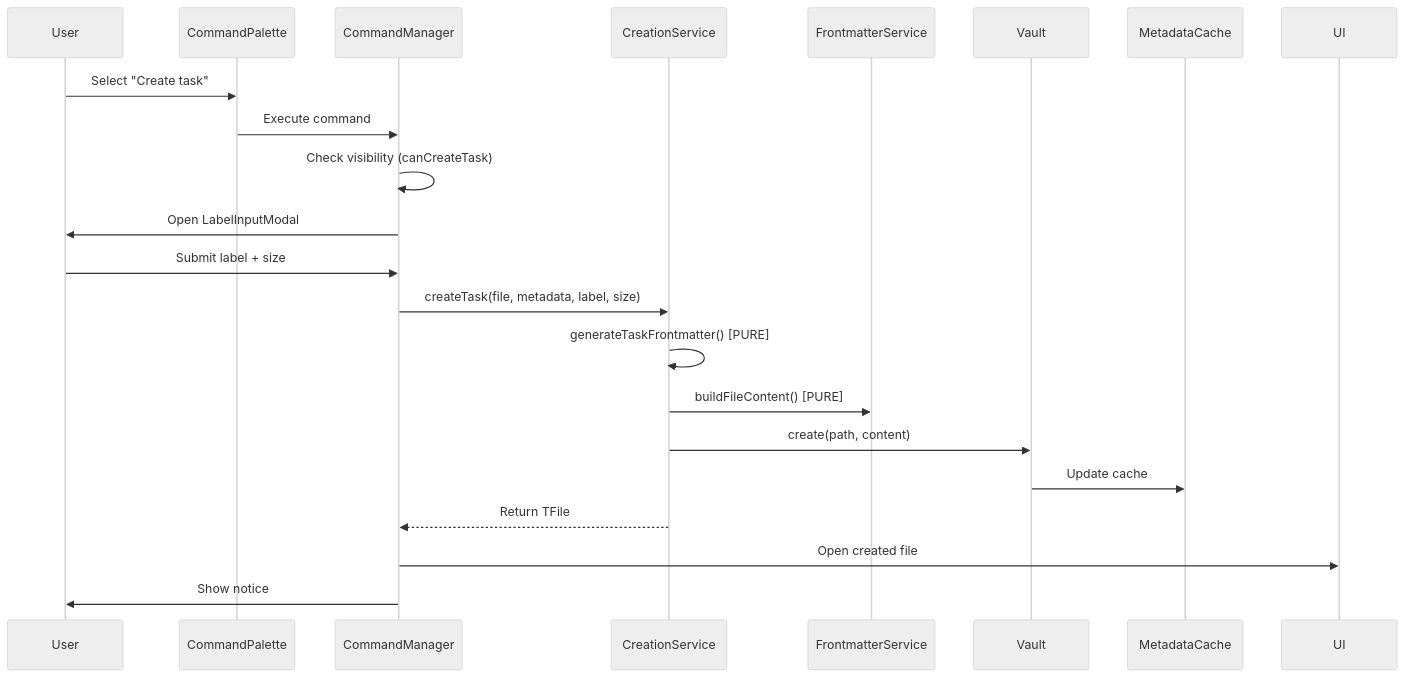
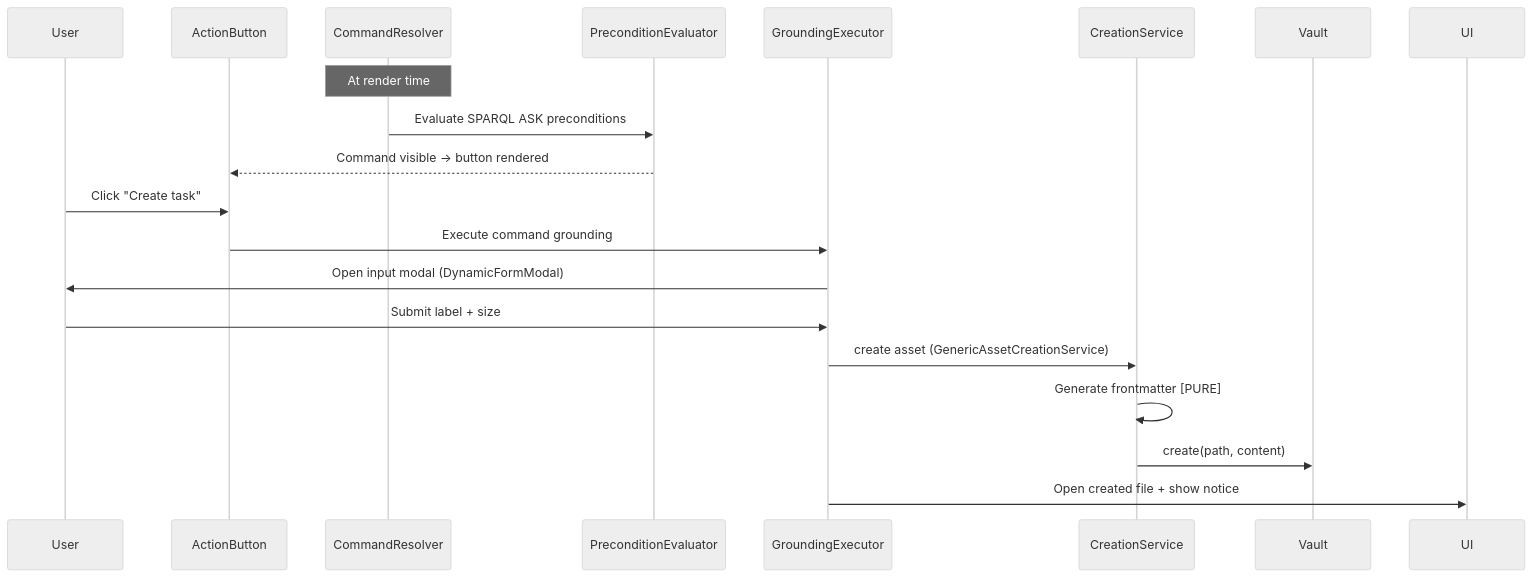
The first of 4 diagrams in ARCHITECTURE.md (kitelev/exocortex), drawn with Mermaid (neutral theme) before and after one commit. The commit also changed other lines of this file, not shown here.

First line of the commit message:
docs(architecture): align ARCHITECTURE.md with post-#3384 codebase

````diff
--- a/ARCHITECTURE.md
+++ b/ARCHITECTURE.md
@@ -728,25 +679,23 @@
 ```mermaid
 sequenceDiagram
     participant User
-    participant CommandPalette
-    participant CommandManager
+    participant ActionButton
+    participant CommandResolver
+    participant PreconditionEvaluator
+    participant GroundingExecutor
     participant CreationService
-    participant FrontmatterService
     participant Vault
-    participant MetadataCache
     participant UI
 
-    User->>CommandPalette: Select "Create task"
-    CommandPalette->>CommandManager: Execute command
-    CommandManager->>CommandManager: Check visibility (canCreateTask)
-    CommandManager->>User: Open LabelInputModal
-    User->>CommandManager: Submit label + size
-    CommandManager->>CreationService: createTask(file, metadata, label, size)
-    CreationService->>CreationService: generateTaskFrontmatter() [PURE]
-    CreationService->>FrontmatterService: buildFileContent() [PURE]
+    Note over CommandResolver: At render time
+    CommandResolver->>PreconditionEvaluator: Evaluate SPARQL ASK preconditions
+    PreconditionEvaluator-->>ActionButton: Command visible -> button rendered
+    User->>ActionButton: Click "Create task"
+    ActionButton->>GroundingExecutor: Execute command grounding
+    GroundingExecutor->>User: Open input modal (DynamicFormModal)
+    User->>GroundingExecutor: Submit label + size
+    GroundingExecutor->>CreationService: create asset (GenericAssetCreationService)
+    CreationService->>CreationService: Generate frontmatter [PURE]
     CreationService->>Vault: create(path, content)
-    Vault->>MetadataCache: Update cache
-    CreationService-->>CommandManager: Return TFile
-    CommandManager->>UI: Open created file
-    CommandManager->>User: Show notice
+    GroundingExecutor->>UI: Open created file + show notice
 ```
````
